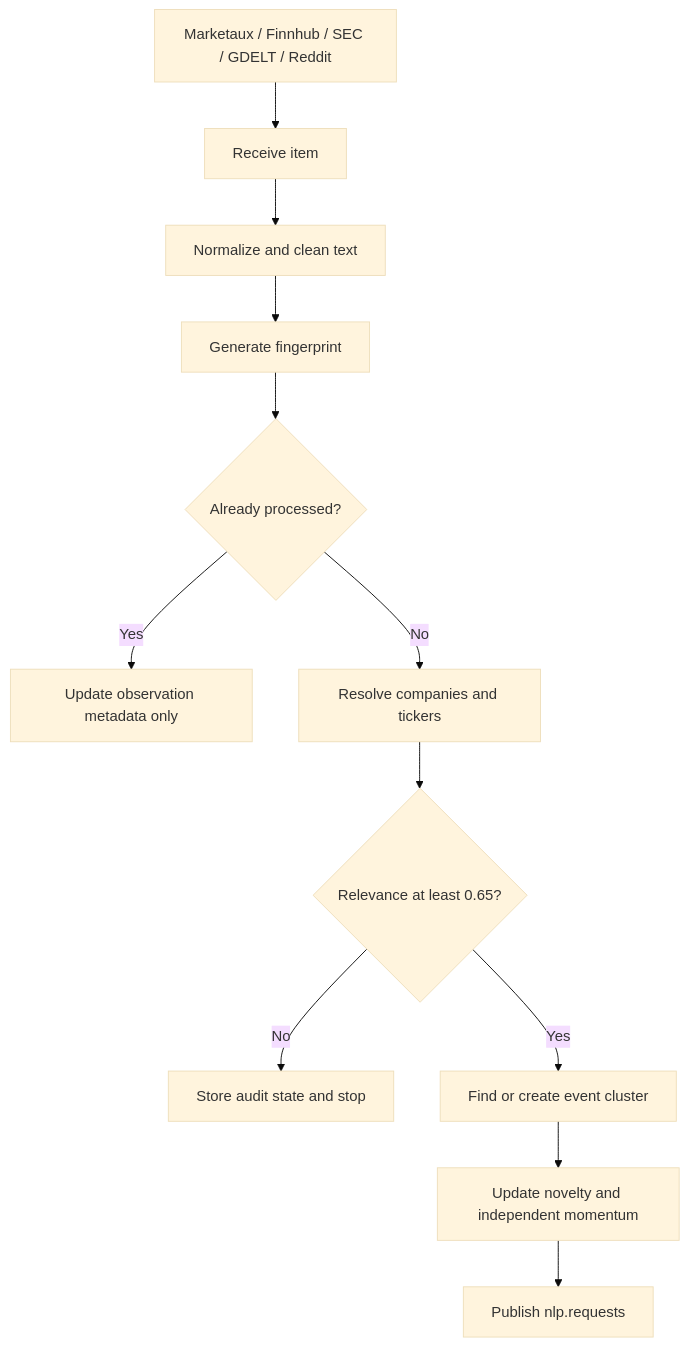
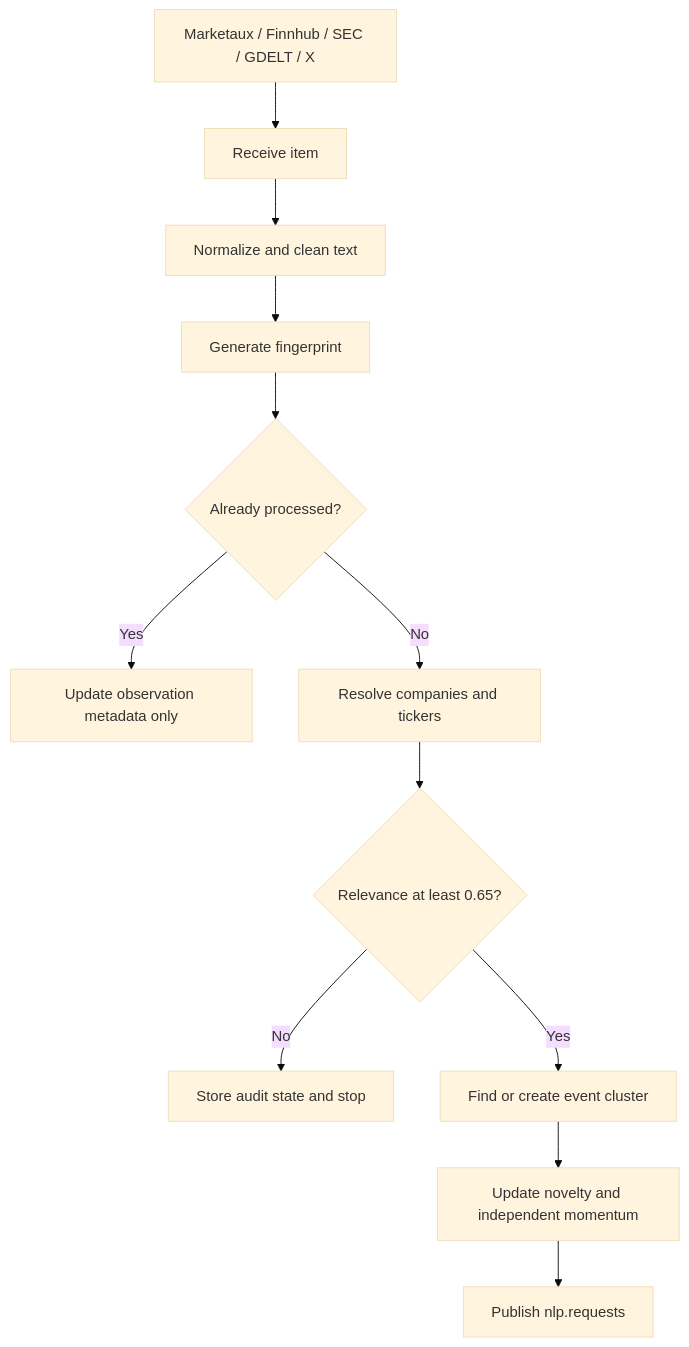
Before and after one commit to ShivanshDwivedi2005/Trading-Wens: the third of 7 diagrams in docs/workflows.md, drawn with Mermaid (base theme). The commit also changed 18 other files, not shown here.

````diff
--- a/docs/workflows.md
+++ b/docs/workflows.md
@@ -43,14 +43,14 @@
 ```mermaid
 flowchart TD
-    Sources[Marketaux / Finnhub / SEC / GDELT / Reddit] --> Receive[Receive item]
+    Sources[Marketaux / Finnhub / SEC / GDELT / X] --> Receive[Receive item]
     Receive --> Normalize[Normalize and clean text]
     Normalize --> Fingerprint[Generate fingerprint]
     Fingerprint --> Exact{Already processed?}
     Exact -->|Yes| Seen[Update observation metadata only]
     Exact -->|No| Resolve[Resolve companies and tickers]
     Resolve --> Relevant{Relevance at least 0.65?}
     Relevant -->|No| Archive[Store audit state and stop]
     Relevant -->|Yes| Cluster[Find or create event cluster]
     Cluster --> Evidence[Update novelty and independent momentum]
     Evidence --> Request[Publish nlp.requests]
 ```
````
